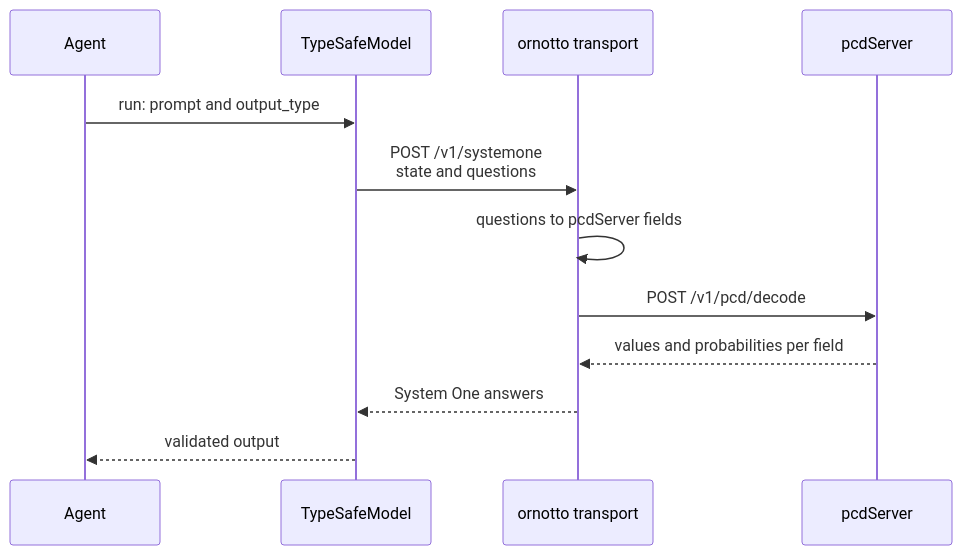
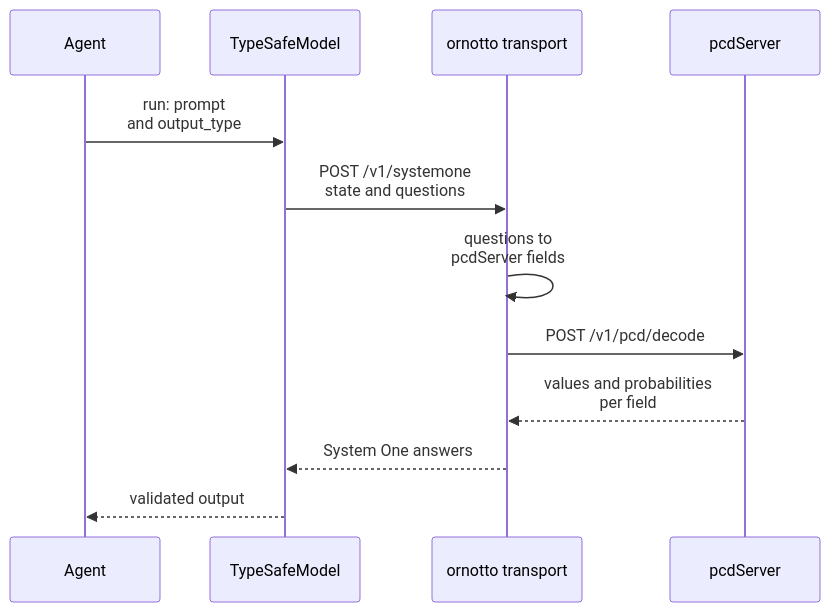
Before and after one commit to fontlaborg/ornotto: the second of 2 diagrams in src_docs/md/11-typed.md, drawn with Mermaid. The commit also changed other lines of this file and 10 other files, not shown here.

Commit message:
Make the diagrams legible and match the theme

````diff
--- a/src_docs/md/11-typed.md
+++ b/src_docs/md/11-typed.md
@@ -155,14 +156,15 @@
 ```mermaid
+%%{init: {"sequence": {"useMaxWidth": false}}}%%
 sequenceDiagram
     participant A as Agent
     participant T as TypeSafeModel
     participant X as ornotto transport
     participant P as pcdServer
-    A->>T: run: prompt and output_type
+    A->>T: run: prompt<br>and output_type
     T->>X: POST /v1/systemone<br>state and questions
-    X->>X: questions to pcdServer fields
+    X->>X: questions to<br>pcdServer fields
     X->>P: POST /v1/pcd/decode
-    P-->>X: values and probabilities per field
+    P-->>X: values and probabilities<br>per field
     X-->>T: System One answers
     T-->>A: validated output
 ```
````
